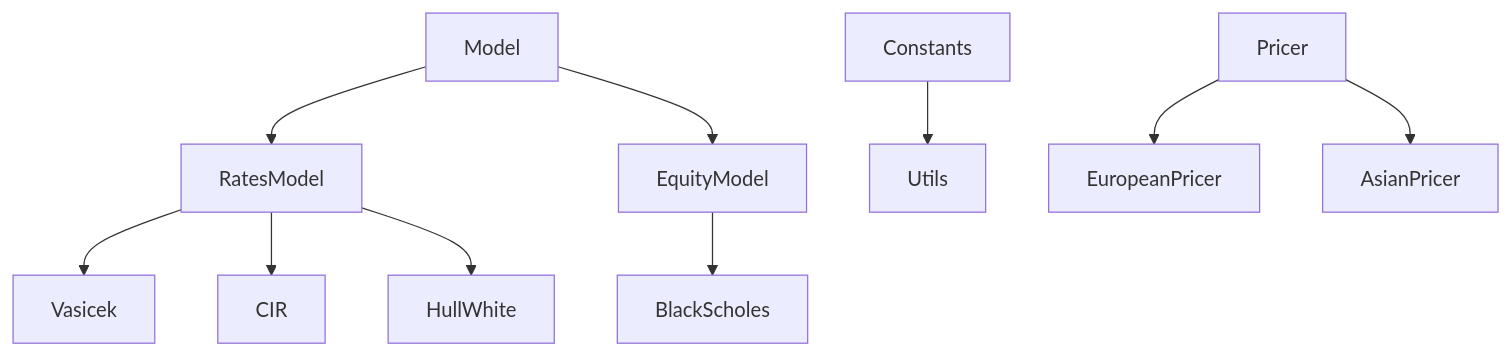
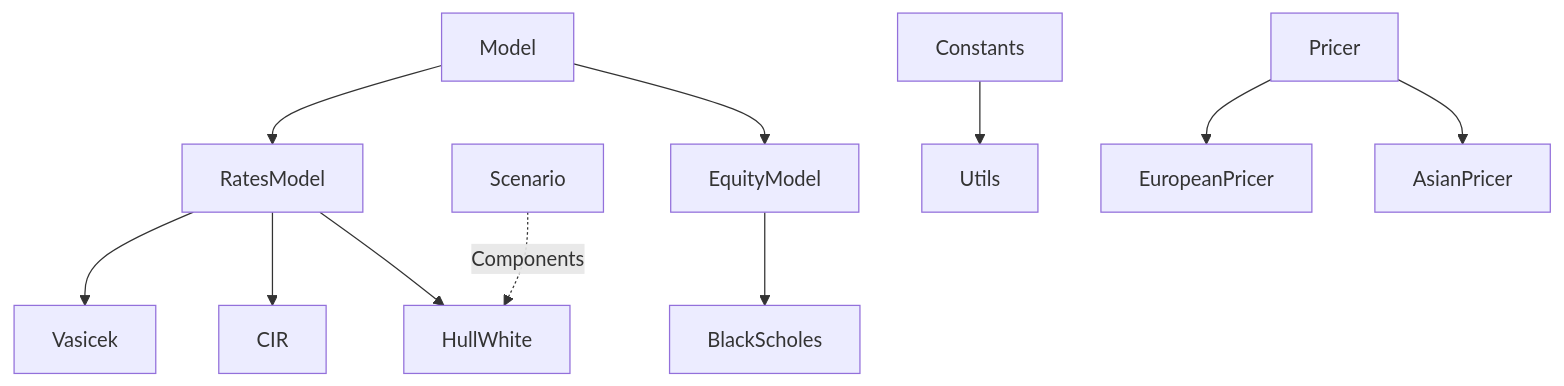
Before and after one commit to lcsrodriguez/CuttingEdge-Milliman: the diagram in README.md, drawn with Mermaid. The commit also changed 1 other file, not shown here.

Commit message:
Update of class tree

````diff
--- a/README.md
+++ b/README.md
@@ -23,12 +23,13 @@
 ```mermaid
   graph TD;
       Model --> RatesModel
       Model --> EquityModel
       RatesModel --> Vasicek
       RatesModel --> CIR
       RatesModel --> HullWhite
+      Scenario -. Components .-> HullWhite
       EquityModel --> BlackScholes
       Constants --> Utils
       Pricer --> EuropeanPricer
       Pricer --> AsianPricer
 ```
````
